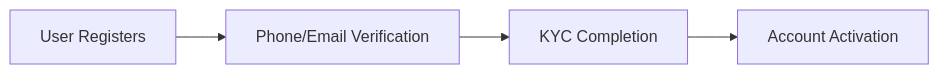
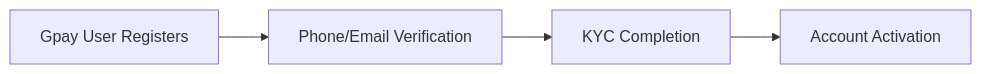
Before and after one commit to IIITLucknowSWEngg/CSAICSBTeam017: the first of 6 diagrams in Assignment/project.md, drawn with Mermaid. The commit also changed other lines of this file and 7 other files, not shown here.

Commit message:
user to gpay user

````diff
--- a/Assignment/project.md
+++ b/Assignment/project.md
@@ -30,6 +30,6 @@
 ```mermaid
 graph LR
-    A[User Registers] --> B[Phone/Email Verification]
+    A[Gpay User Registers] --> B[Phone/Email Verification]
     B --> C[KYC Completion]
     C --> D[Account Activation]
 ```
````
